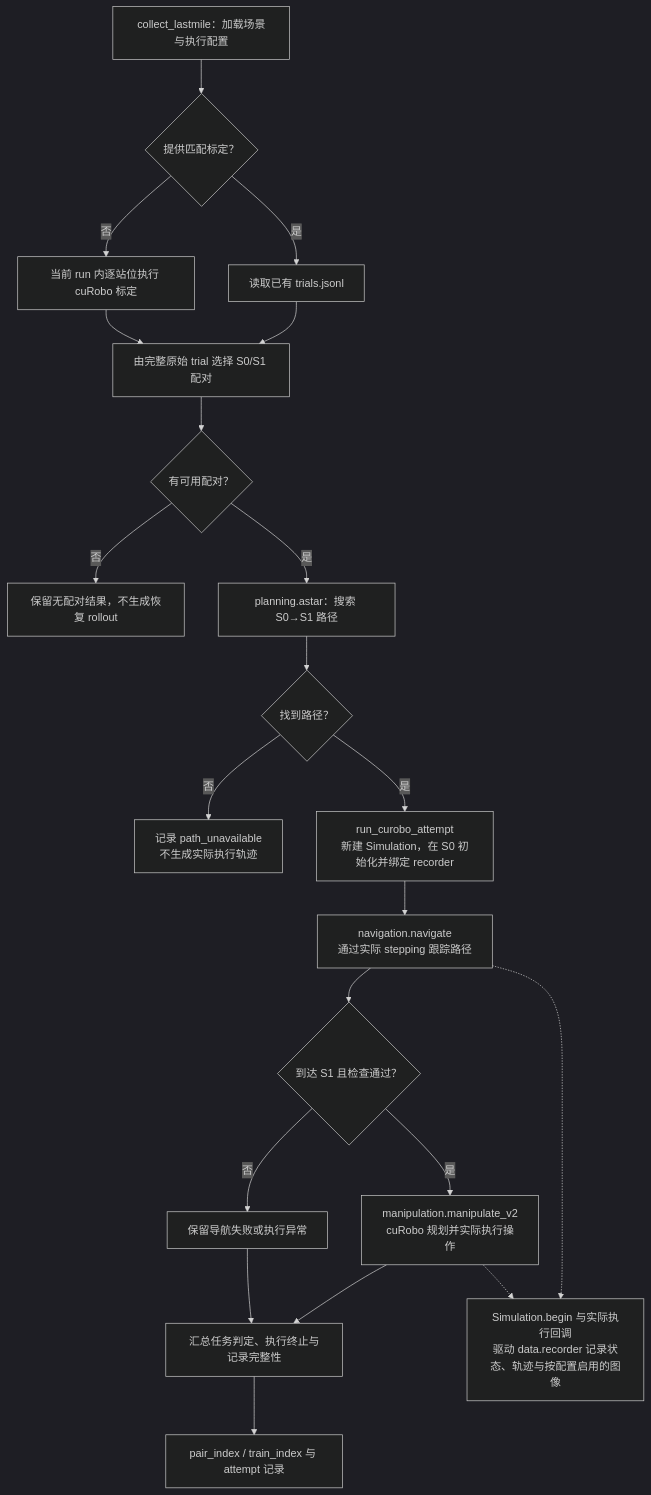
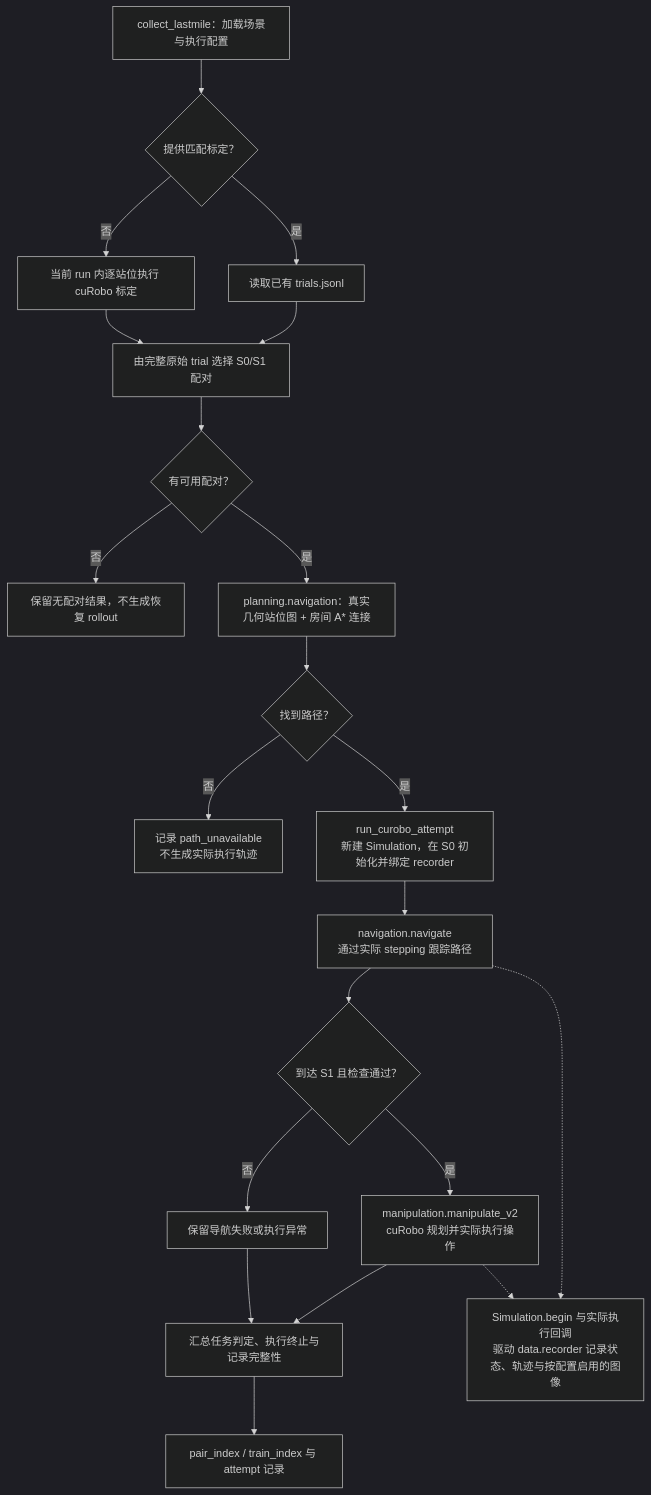
The second of 2 diagrams in docs/architecture.md (yifanwin/LastMileDataFlow), drawn with Mermaid (dark theme) before and after one commit. The commit also changed other lines of this file and 149 other files, not shown here.

````diff
--- a/docs/architecture.md
+++ b/docs/architecture.md
@@ -392,23 +277,23 @@
 ```mermaid
 flowchart TD
     START["collect_lastmile：加载场景与执行配置"] --> MATCH{"提供匹配标定？"}
     MATCH -->|是| REUSE["读取已有 trials.jsonl"]
     MATCH -->|否| CALIBRATE["当前 run 内逐站位执行 cuRobo 标定"]
     REUSE --> PAIR["由完整原始 trial 选择 S0/S1 配对"]
     CALIBRATE --> PAIR
     PAIR --> HASPAIR{"有可用配对？"}
     HASPAIR -->|否| EMPTY["保留无配对结果，不生成恢复 rollout"]
-    HASPAIR -->|是| ASTAR["planning.astar：搜索 S0→S1 路径"]
+    HASPAIR -->|是| ASTAR["planning.navigation：真实几何站位图 + 房间 A* 连接"]
     ASTAR --> PATH{"找到路径？"}
     PATH -->|否| NOPATH["记录 path_unavailable<br/>不生成实际执行轨迹"]
     PATH -->|是| ATTEMPT["run_curobo_attempt<br/>新建 Simulation，在 S0 初始化并绑定 recorder"]
     ATTEMPT --> NAV["navigation.navigate<br/>通过实际 stepping 跟踪路径"]
     NAV --> ARRIVE{"到达 S1 且检查通过？"}
     ARRIVE -->|是| OP["manipulation.manipulate_v2<br/>cuRobo 规划并实际执行操作"]
     ARRIVE -->|否| FAILED["保留导航失败或执行异常"]
     OP --> OUT["汇总任务判定、执行终止与记录完整性"]
     FAILED --> OUT
     OUT --> WRITE["pair_index / train_index 与 attempt 记录"]
     NAV -.-> RECORD["Simulation.begin 与实际执行回调<br/>驱动 data.recorder 记录状态、轨迹与按配置启用的图像"]
     OP -.-> RECORD
 ```
````
